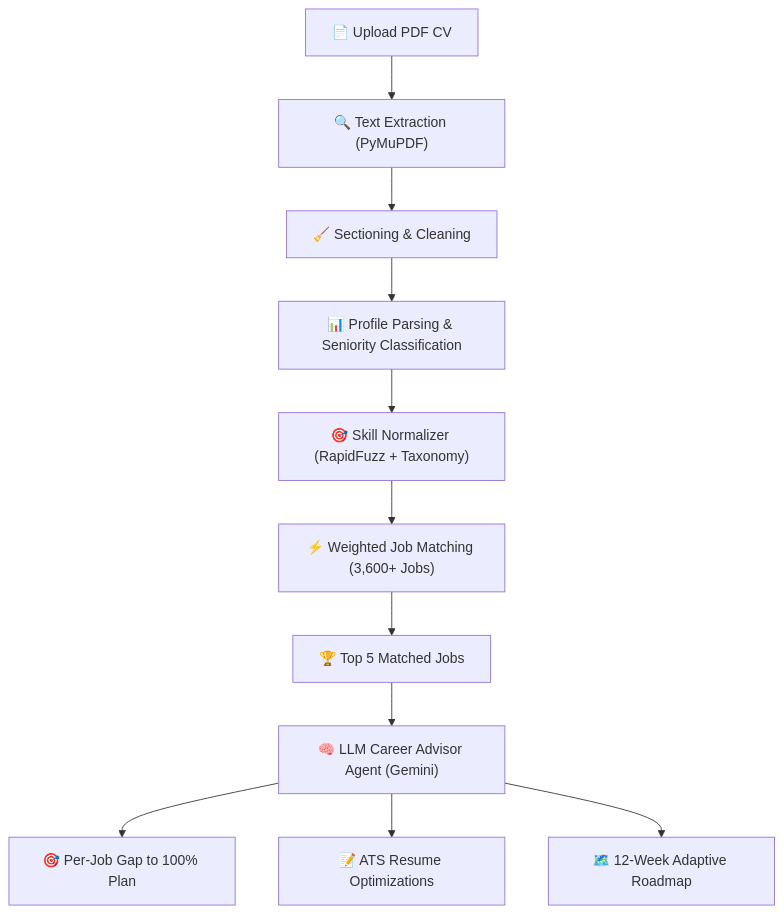
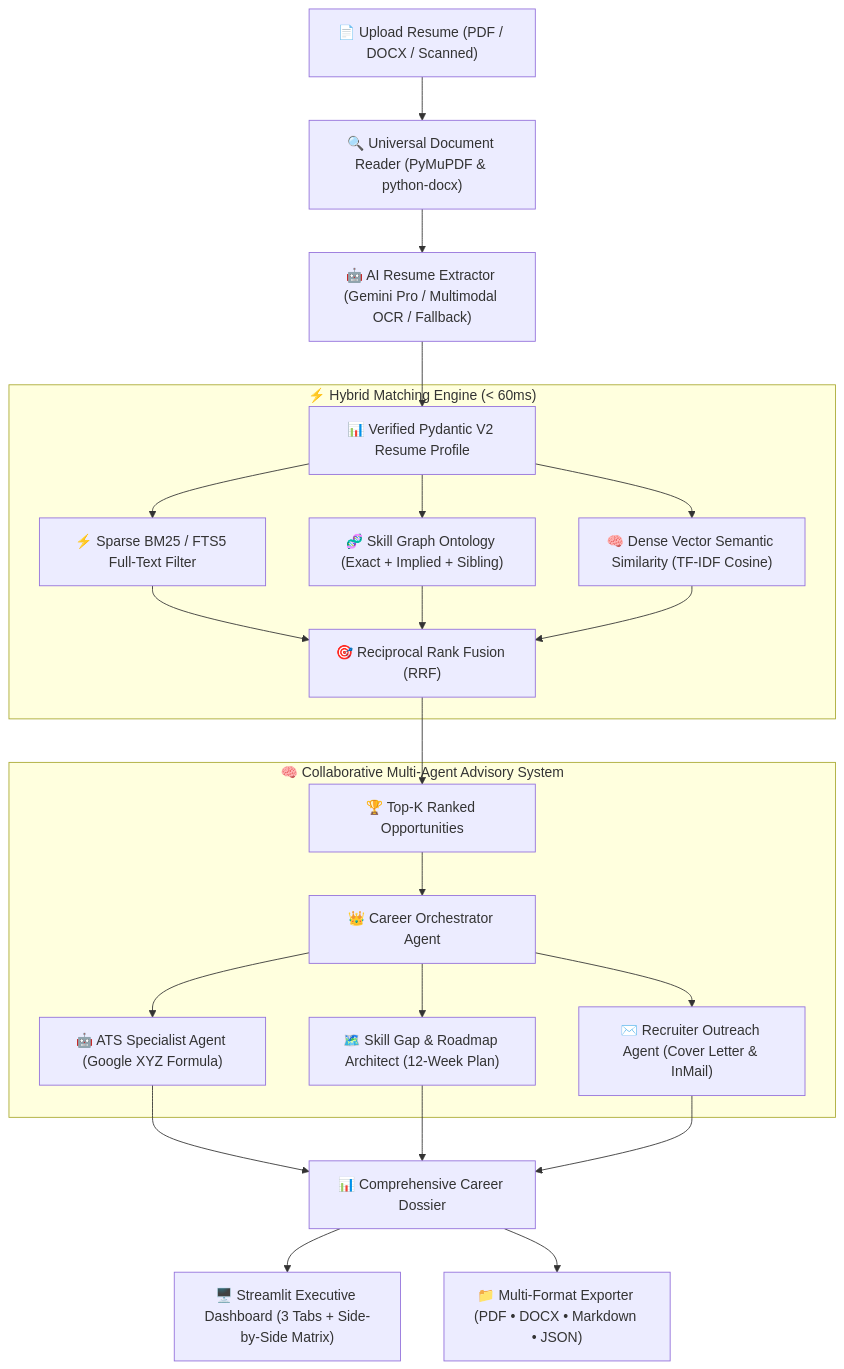
Before and after one commit to naserashraf-alt/ai_engine: the diagram in README.md, drawn with Mermaid. The commit also changed other lines of this file and 56 other files, not shown here.

Commit message:
feat: complete enterprise Yalla Neshtaghal AI engine with microservices, semantic ontology, and deep CV understanding

````diff
--- a/README.md
+++ b/README.md
@@ -9,13 +9,31 @@
 ```mermaid
 flowchart TD
-    A["📄 Upload PDF CV"] --> B["🔍 Text Extraction (PyMuPDF)"]
-    B --> C["🧹 Sectioning & Cleaning"]
-    C --> D["📊 Profile Parsing & Seniority Classification"]
-    D --> E["🎯 Skill Normalizer (RapidFuzz + Taxonomy)"]
-    E --> F["⚡ Weighted Job Matching (3,600+ Jobs)"]
-    F --> G["🏆 Top 5 Matched Jobs"]
-    G --> H["🧠 LLM Career Advisor Agent (Gemini)"]
-    H --> I["🎯 Per-Job Gap to 100% Plan"]
-    H --> J["📝 ATS Resume Optimizations"]
-    H --> K["🗺️ 12-Week Adaptive Roadmap"]
+    User["📄 Upload Resume (PDF / DOCX / Scanned)"] --> Reader["🔍 Universal Document Reader (PyMuPDF & python-docx)"]
+    Reader --> Extractor["🤖 AI Resume Extractor (Gemini Pro / Multimodal OCR / Fallback)"]
+    Extractor --> Profile["📊 Verified Pydantic V2 Resume Profile"]
+    
+    subgraph HybridMatching ["⚡ Hybrid Matching Engine (< 60ms)"]
+        Profile --> Sparse["⚡ Sparse BM25 / FTS5 Full-Text Filter"]
+        Profile --> Ontology["🧬 Skill Graph Ontology (Exact + Implied + Sibling)"]
+        Profile --> Dense["🧠 Dense Vector Semantic Similarity (TF-IDF Cosine)"]
+        Sparse --> RRF["🎯 Reciprocal Rank Fusion (RRF)"]
+        Ontology --> RRF
+        Dense --> RRF
+    end
+
+    RRF --> TopJobs["🏆 Top-K Ranked Opportunities"]
+
+    subgraph MultiAgentSystem ["🧠 Collaborative Multi-Agent Advisory System"]
+        TopJobs --> Orchestrator["👑 Career Orchestrator Agent"]
+        Orchestrator --> AgentATS["🤖 ATS Specialist Agent (Google XYZ Formula)"]
+        Orchestrator --> AgentRoadmap["🗺️ Skill Gap & Roadmap Architect (12-Week Plan)"]
+        Orchestrator --> AgentOutreach["✉️ Recruiter Outreach Agent (Cover Letter & InMail)"]
+    end
+
+    AgentATS --> Report["📊 Comprehensive Career Dossier"]
+    AgentRoadmap --> Report
+    AgentOutreach --> Report
+
+    Report --> UI["🖥️ Streamlit Executive Dashboard (3 Tabs + Side-by-Side Matrix)"]
+    Report --> Exporter["📁 Multi-Format Exporter (PDF • DOCX • Markdown • JSON)"]
 ```
````
